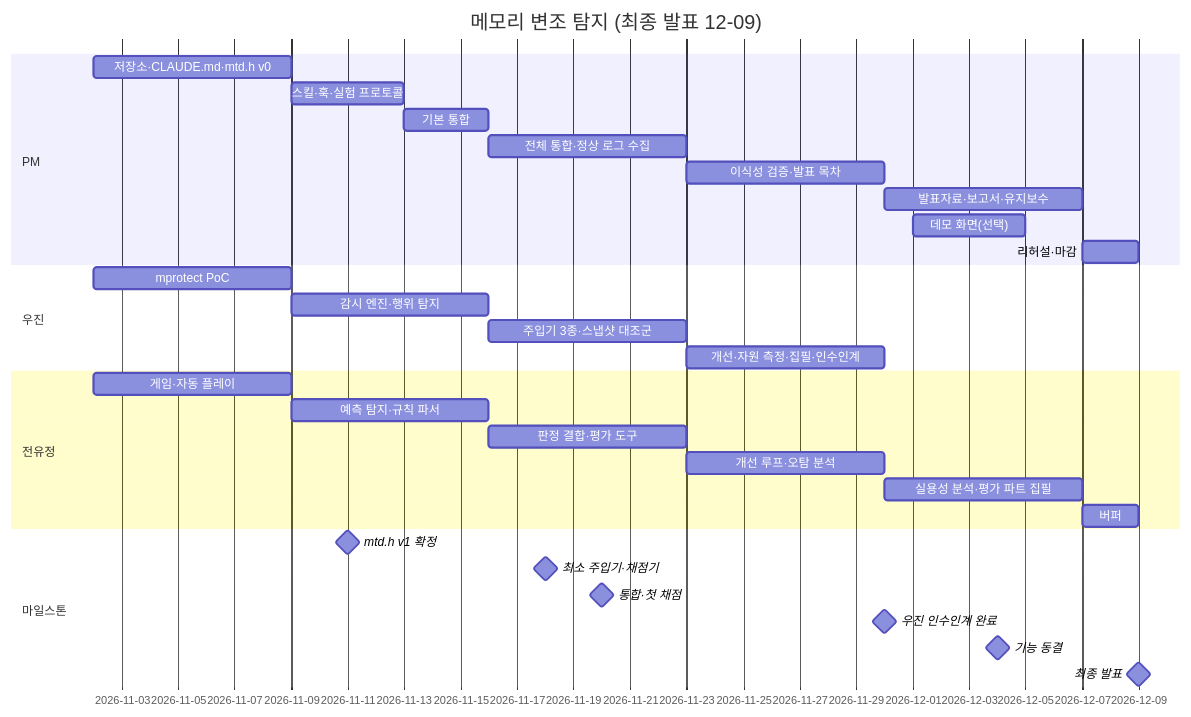
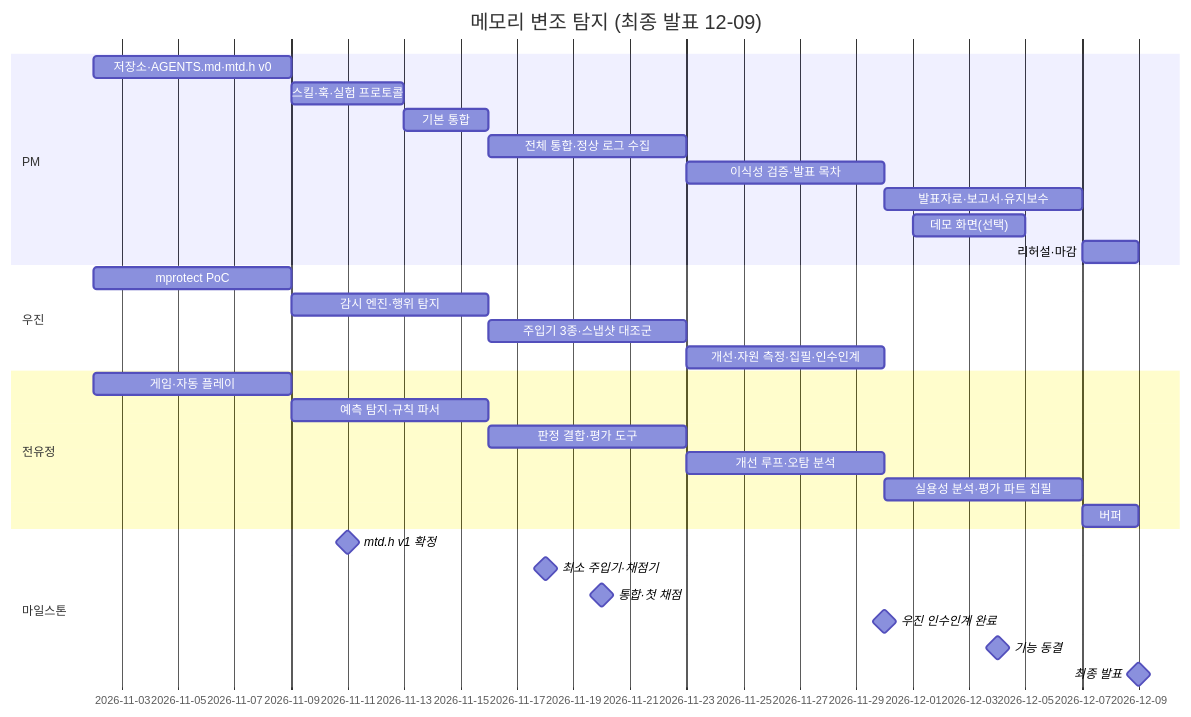
One commit to tgYun783/MH-Safer changed the diagram in docs/plan.md. Above: the diagram before and after it, drawn with Mermaid. The commit also changed other lines of this file and 3 other files, not shown here.

````diff
--- a/docs/plan.md
+++ b/docs/plan.md
@@ -125,33 +134,33 @@
 ```mermaid
 gantt
   dateFormat YYYY-MM-DD
   title 메모리 변조 탐지 (최종 발표 12-09)
   section PM
-  저장소·CLAUDE.md·mtd.h v0     :2026-11-02, 7d
+  저장소·AGENTS.md·mtd.h v0     :2026-11-02, 7d
   스킬·훅·실험 프로토콜         :2026-11-09, 4d
   기본 통합                     :2026-11-13, 3d
   전체 통합·정상 로그 수집      :2026-11-16, 7d
   이식성 검증·발표 목차         :2026-11-23, 7d
   발표자료·보고서·유지보수      :2026-11-30, 7d
   데모 화면(선택)               :2026-12-01, 4d
   리허설·마감                   :2026-12-07, 2d
   section 우진
   mprotect PoC                  :2026-11-02, 7d
   감시 엔진·행위 탐지           :2026-11-09, 7d
   주입기 3종·스냅샷 대조군      :2026-11-16, 7d
   개선·자원 측정·집필·인수인계  :2026-11-23, 7d
   section 전유정
   게임·자동 플레이              :2026-11-02, 7d
   예측 탐지·규칙 파서           :2026-11-09, 7d
   판정 결합·평가 도구           :2026-11-16, 7d
   개선 루프·오탐 분석           :2026-11-23, 7d
   실용성 분석·평가 파트 집필    :2026-11-30, 7d
   버퍼                          :2026-12-07, 2d
   section 마일스톤
   mtd.h v1 확정                 :milestone, 2026-11-11, 0d
   최소 주입기·채점기            :milestone, 2026-11-18, 0d
   통합·첫 채점                  :milestone, 2026-11-20, 0d
   우진 인수인계 완료            :milestone, 2026-11-30, 0d
   기능 동결                     :milestone, 2026-12-04, 0d
   최종 발표                     :milestone, 2026-12-09, 0d
 ```
````
